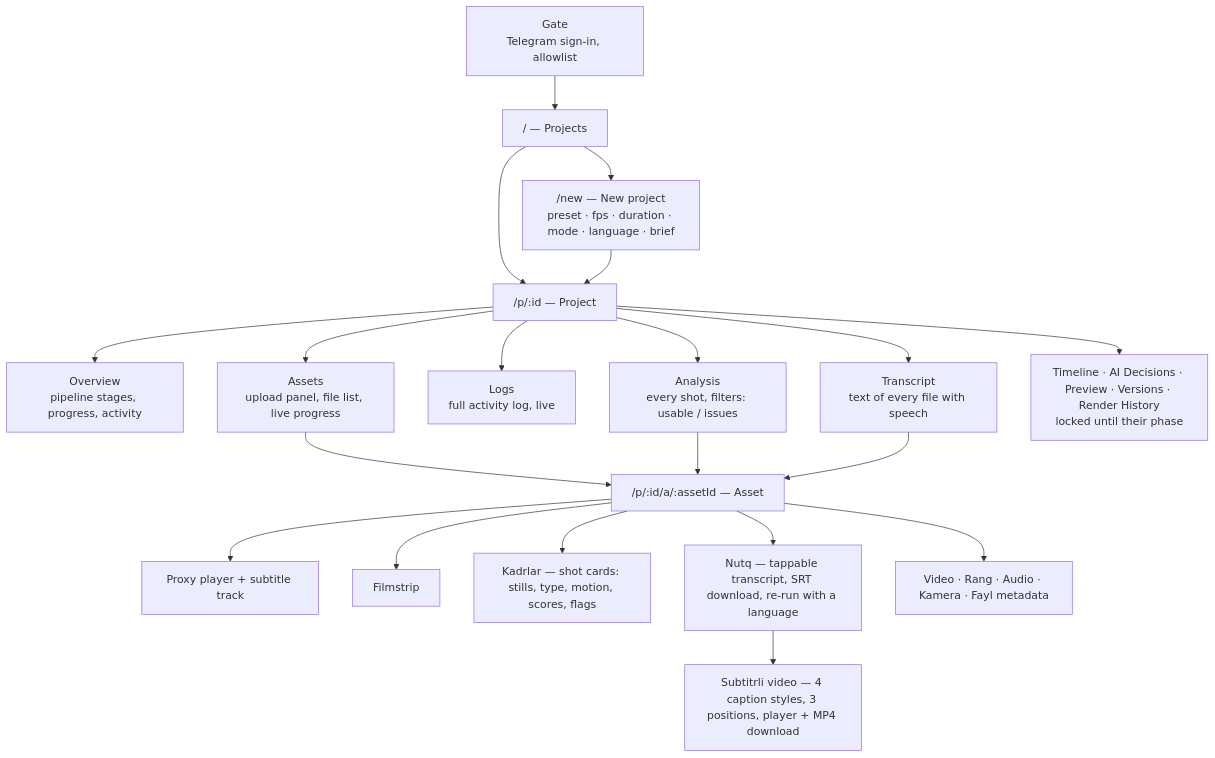
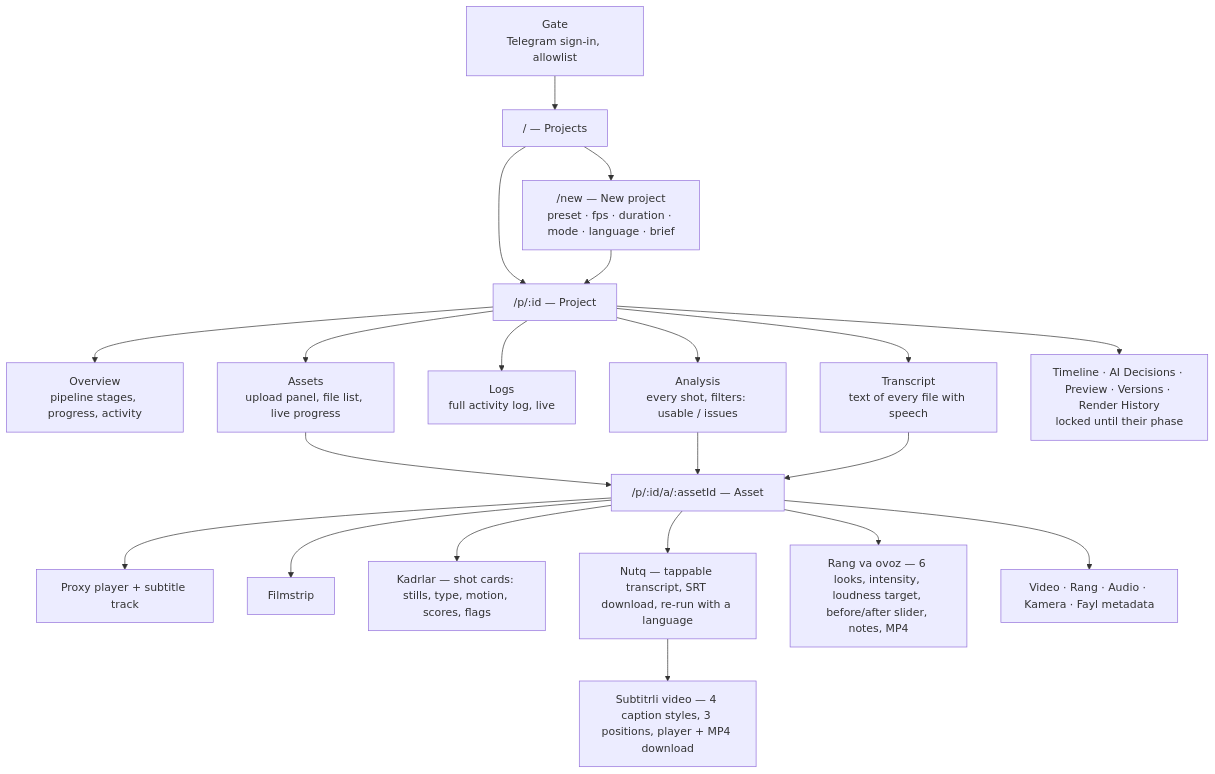
The diagram in docs/SITEMAP.md (bluecore-dev/synthcut), drawn with Mermaid before and after one commit. The commit also changed other lines of this file and 34 other files, not shown here.

````diff
--- a/docs/SITEMAP.md
+++ b/docs/SITEMAP.md
@@ -10,22 +10,23 @@
 ```mermaid
 flowchart TD
     G[Gate<br/>Telegram sign-in, allowlist] --> H["/ — Projects"]
     H --> N["/new — New project<br/>preset · fps · duration · mode · language · brief"]
     H --> P["/p/:id — Project"]
     N --> P
     P --> T1[Overview<br/>pipeline stages, progress, activity]
     P --> T2[Assets<br/>upload panel, file list, live progress]
     P --> T3[Logs<br/>full activity log, live]
     P --> T4[Analysis<br/>every shot, filters: usable / issues]
     P --> T5[Transcript<br/>text of every file with speech]
     P --> T6[Timeline · AI Decisions · Preview · Versions · Render History<br/>locked until their phase]
     T2 --> A["/p/:id/a/:assetId — Asset"]
     T4 --> A
     T5 --> A
     A --> A1[Proxy player + subtitle track]
     A --> A2[Filmstrip]
     A --> A3[Kadrlar — shot cards: stills, type, motion, scores, flags]
     A --> A4[Nutq — tappable transcript, SRT download, re-run with a language]
     A4 --> A6[Subtitrli video — 4 caption styles, 3 positions, player + MP4 download]
+    A --> A7[Rang va ovoz — 6 looks, intensity, loudness target, before/after slider, notes, MP4]
     A --> A5[Video · Rang · Audio · Kamera · Fayl metadata]
 ```
````
